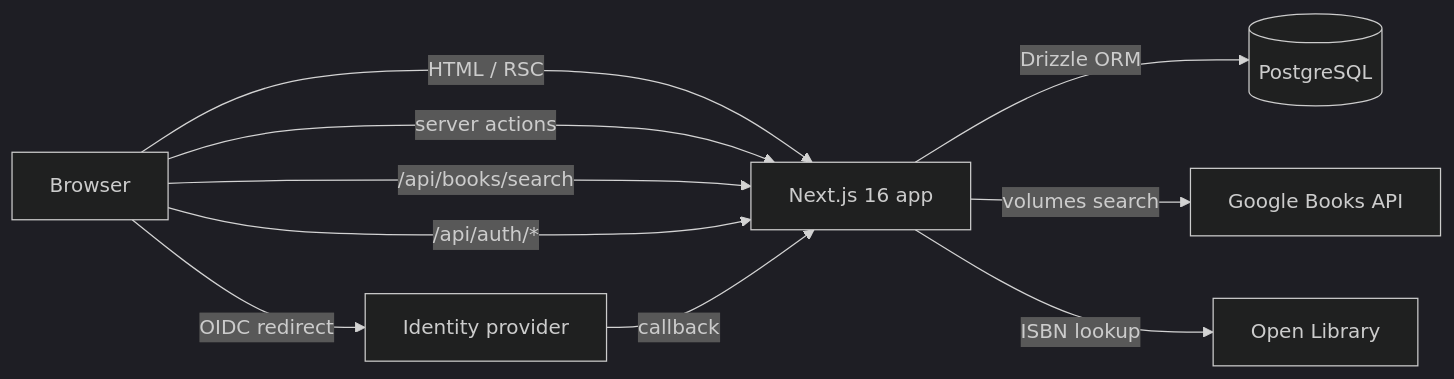
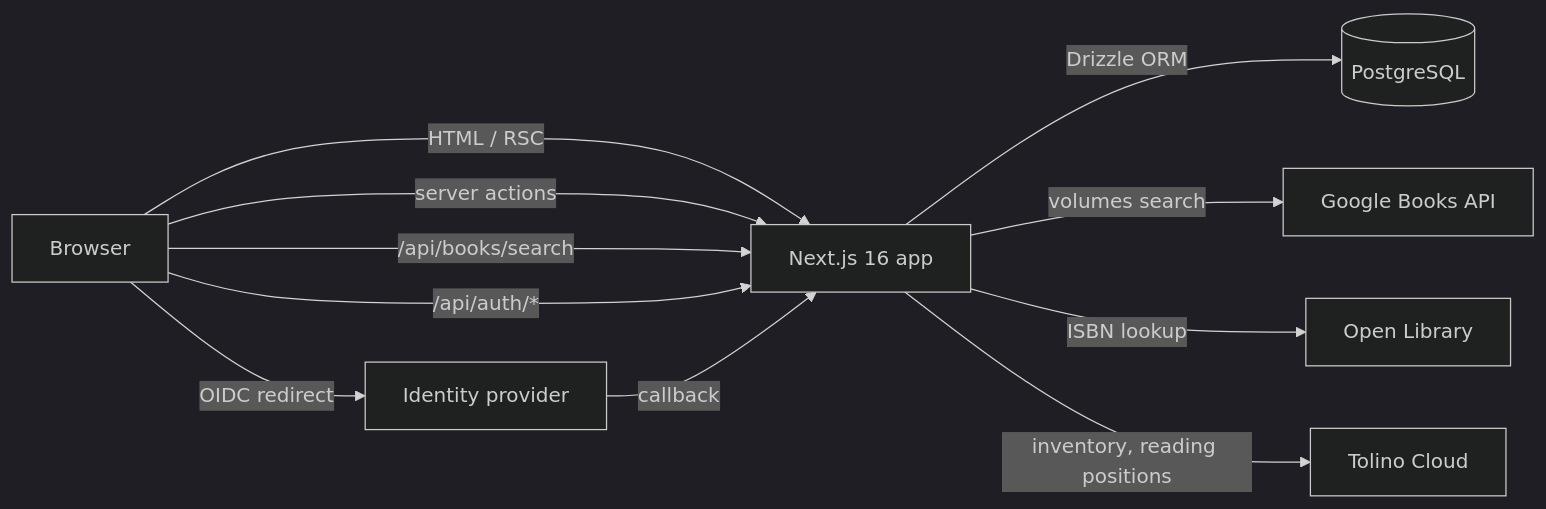
Before and after one commit to TheBlackPrism/Retrospine: the diagram in docs/architecture.md, drawn with Mermaid (dark theme). The commit also changed other lines of this file and 40 other files, not shown here.

First line of the commit message:
Add Tolino Cloud sync: shelves and milestones from a tolino account (#2)

````diff
--- a/docs/architecture.md
+++ b/docs/architecture.md
@@ -8,12 +8,13 @@
 ```mermaid
 flowchart LR
   Browser -- HTML / RSC --> Next[Next.js 16 app]
   Browser -- server actions --> Next
   Browser -- /api/books/search --> Next
   Browser -- /api/auth/* --> Next
   Next -- Drizzle ORM --> PG[(PostgreSQL)]
   Next -- volumes search --> GB[Google Books API]
   Next -- ISBN lookup --> OL[Open Library]
+  Next -- inventory, reading positions --> TC[Tolino Cloud]
   Browser -- OIDC redirect --> IdP[Identity provider]
   IdP -- callback --> Next
 ```
````
